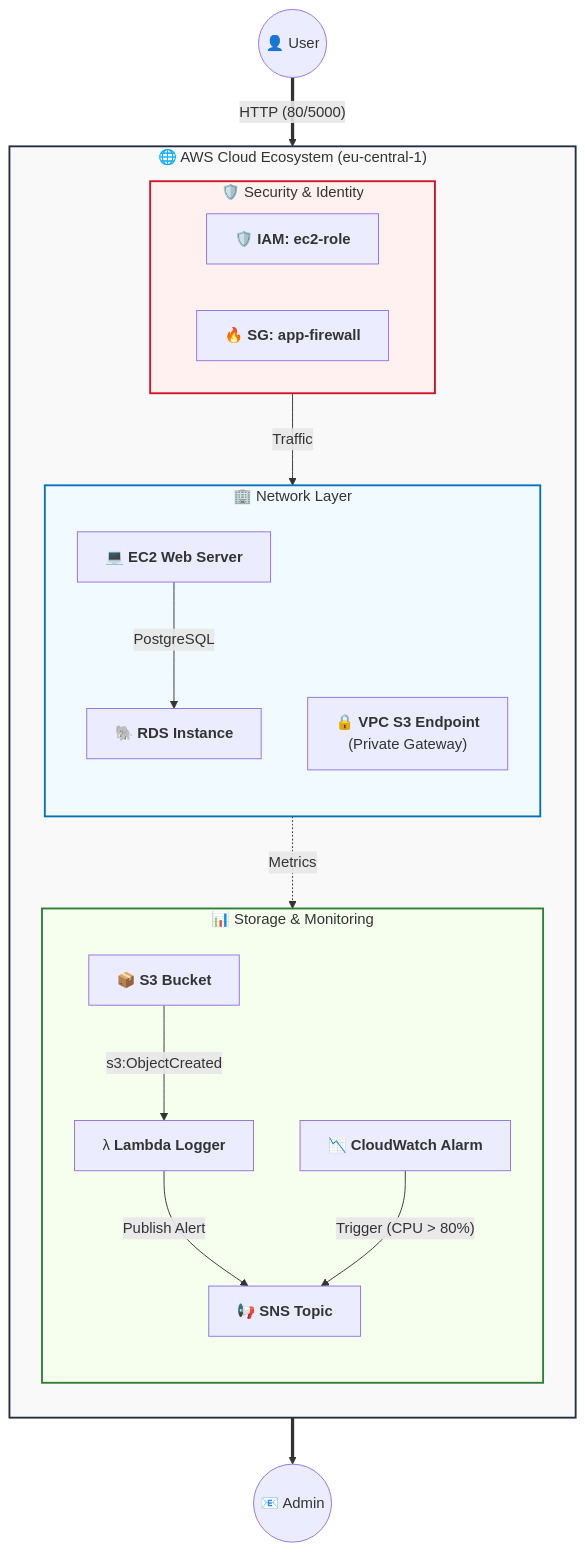
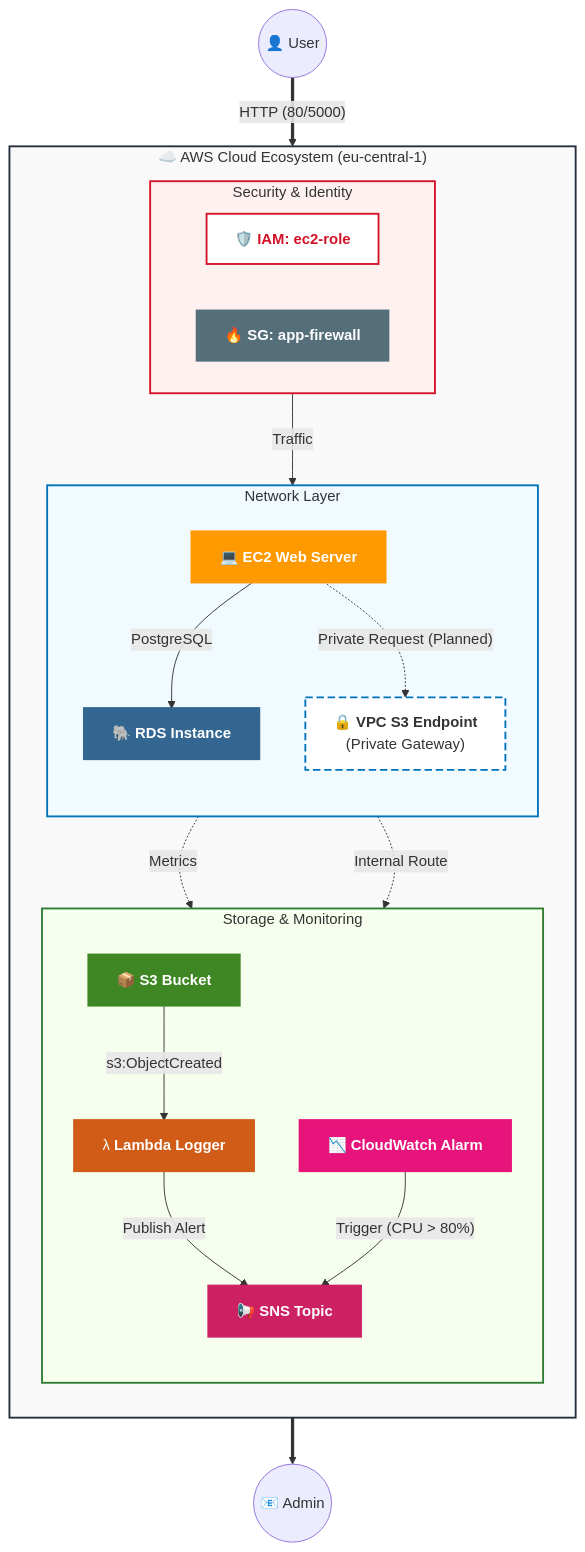
The diagram in README.md (Zorropy/AWS_grocery), drawn with Mermaid before and after one commit.

Commit message:
fix: repair mermaid syntax typo

````diff
--- a/README.md
+++ b/README.md
@@ -78,45 +78,56 @@
 ```mermaid
 graph TB
-    subgraph AWS_Cloud ["🌐 AWS Cloud Ecosystem (eu-central-1)"]
+    subgraph AWS_Cloud ["☁️ AWS Cloud Ecosystem (eu-central-1)"]
         direction TB
 
-        subgraph Security ["🛡️ Security & Identity"]
+        subgraph Security ["Security & Identity"]
             direction LR
             IAM["🛡️ <b>IAM: ec2-role</b>"]
             SG["🔥 <b>SG: app-firewall</b>"]
         end
 
-        subgraph VPC ["🏢 Network Layer"]
+        subgraph VPC ["Network Layer"]
             direction TB
             EC2["💻 <b>EC2 Web Server</b>"]
             RDS["🐘 <b>RDS Instance</b>"]
             VPCE["🔒 <b>VPC S3 Endpoint</b><br/>(Private Gateway)"]
         end
 
-        subgraph Backend ["📊 Storage & Monitoring"]
+        subgraph Ops ["Storage & Monitoring"]
             direction TB
             S3["📦 <b>S3 Bucket</b>"]
             Lambda["λ <b>Lambda Logger</b>"]
             CW["📉 <b>CloudWatch Alarm</b>"]
             SNS["📢 <b>SNS Topic</b>"]
         end
     end
 
-    %% ... (Flows bleiben gleich) ...
+    %% Flows
     User((👤 User)) == "HTTP (80/5000)" ==> SG
     SG -- "Traffic" --> EC2
     EC2 -- "PostgreSQL" --> RDS
     S3 -- "s3:ObjectCreated" --> Lambda
     Lambda -- "Publish Alert" --> SNS
     EC2 -. "Metrics" .-> CW
     CW -- "Trigger (CPU > 80%)" --> SNS
     SNS ==> Admin((📧 Admin))
 
-    %% --- STYLING (Hier liegt der Fehler begraben) ---
+    %% --- Styling ---
     style AWS_Cloud fill:#f9f9f9,stroke:#232F3E,stroke-width:2px
     style Security fill:#fff1f0,stroke:#D11227,stroke-width:2px,stroke-dasharray: 0
     style VPC fill:#f0faff,stroke:#0073BB,stroke-width:2px
-    style Backend fill:#f6ffed,stroke:#2E7D32,stroke-width:2px
+    style Ops fill:#f6ffed,stroke:#2E7D32,stroke-width:2px
 
-    %% (Alle anderen Styles wie EC2, S3 etc. so lassen wie sie sind)
+    style EC2 fill:#FF9900,stroke:#FF9900,color:#fff,stroke-width:3px
+    style RDS fill:#336791,stroke:#336791,color:#fff,stroke-width:3px
+    style S3 fill:#3F8624,stroke:#3F8624,color:#fff,stroke-width:3px
+    style Lambda fill:#D05C17,stroke:#D05C17,color:#fff,stroke-width:3px
+    style SNS fill:#CC2264,stroke:#CC2264,color:#fff,stroke-width:3px
+    style CW fill:#E7157B,stroke:#E7157B,color:#fff,stroke-width:3px
+    style IAM fill:#ffffff,stroke:#D11227,color:#D11227,stroke-width:2px
+    style SG fill:#546E7A,stroke:#546E7A,color:#fff,stroke-width:2px
+    style VPCE fill:#ffffff,stroke:#0073BB,stroke-width:2px,stroke-dasharray: 8 4
+
+    EC2 -. "Private Request (Planned)" .-> VPCE
+    VPCE -. "Internal Route" .-> S3
 ```    
````
